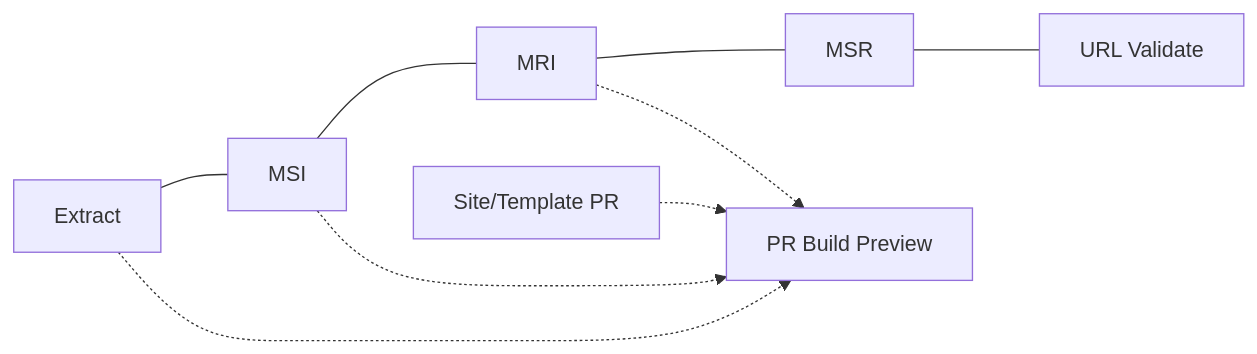
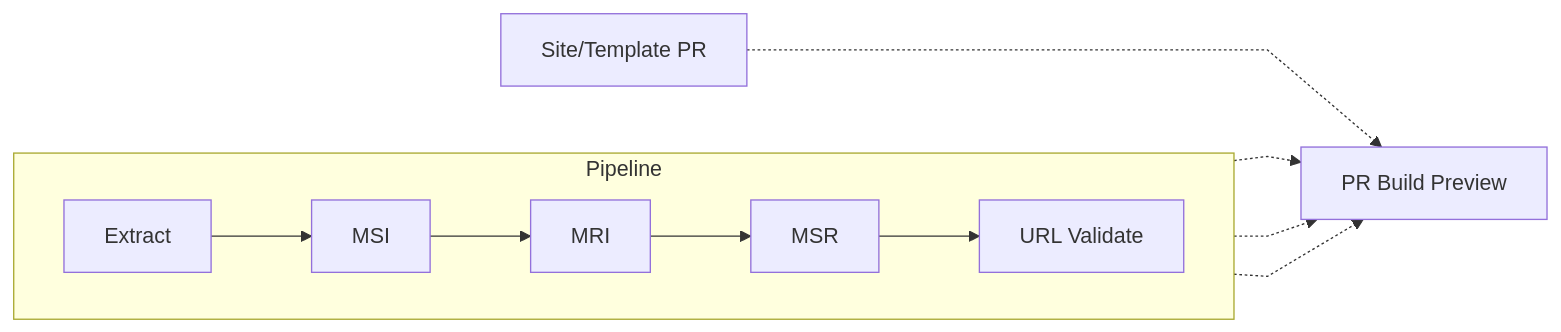
Before and after one commit to SteveLLamb/mediastandards-registry: the diagram in README.md, drawn with Mermaid.

Commit message:
make line flat

````diff
--- a/README.md
+++ b/README.md
@@ -61,11 +61,13 @@
 ```mermaid
+%%{init: {'flowchart': {'curve': 'linear'}}}%%
 graph LR
-  %% Core pipeline
-  A[Extract] --- B[MSI] --- C[MRI] --- D[MSR] --- E[URL Validate]
+  subgraph Pipeline
+    direction LR
+    A[Extract] --> B[MSI] --> C[MRI] --> D[MSR] --> E[URL Validate]
+  end
 
-  %% PR preview paths (dotted)
   A -.-> P[PR Build Preview]
   B -.-> P
   C -.-> P
   S[Site/Template PR] -.-> P
 ```
````
